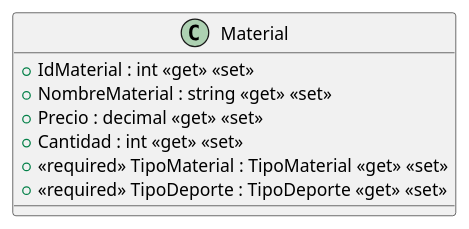
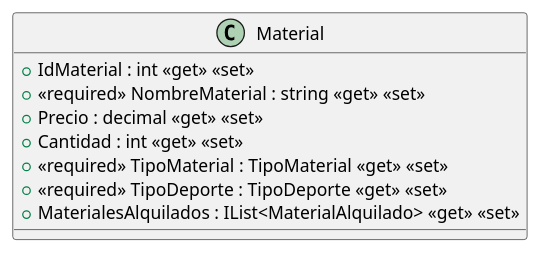
Before and after one commit to EQUIPO-AJR-IS-2/ISII2627EquipoAJR: the diagram in src/AppForSEII.API/ClassDiagram/Material.puml, drawn with PlantUML. The commit also changed 7 other files, not shown here.

Commit message:
Clase MaterialAlquilado y sus relaciones con Alquiler y Material añadidas correctamente.

```diff
--- a/src/AppForSEII.API/ClassDiagram/Material.puml
+++ b/src/AppForSEII.API/ClassDiagram/Material.puml
@@ -1,10 +1,11 @@
 @startuml
 class Material {
     + IdMaterial : int <<get>> <<set>>
-    + NombreMaterial : string <<get>> <<set>>
+    + <<required>> NombreMaterial : string <<get>> <<set>>
     + Precio : decimal <<get>> <<set>>
     + Cantidad : int <<get>> <<set>>
     + <<required>> TipoMaterial : TipoMaterial <<get>> <<set>>
     + <<required>> TipoDeporte : TipoDeporte <<get>> <<set>>
+    + MaterialesAlquilados : IList<MaterialAlquilado> <<get>> <<set>>
 }
 @enduml
```
